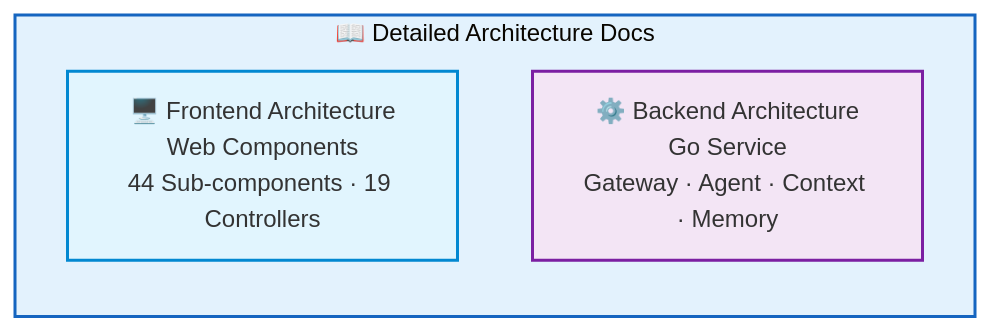
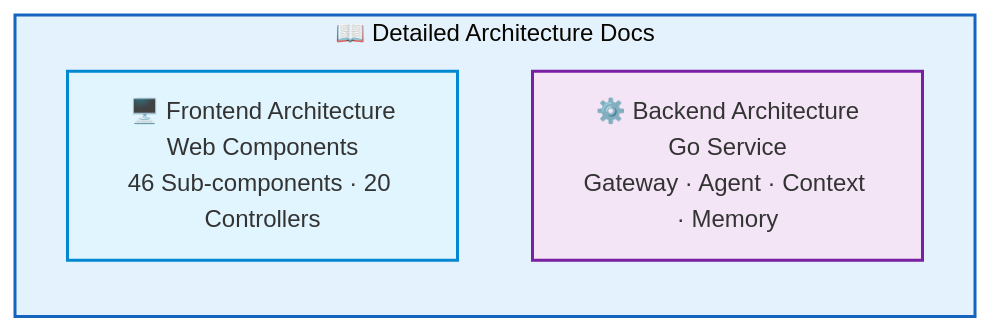
The third of 3 diagrams in src/content/docs/en/architecture/index.md (rtc-agent/docs), drawn with Mermaid (base theme) before and after one commit. The commit also changed 5 other files, not shown here.

````diff
--- a/src/content/docs/en/architecture/index.md
+++ b/src/content/docs/en/architecture/index.md
@@ -123,12 +123,12 @@
 ```mermaid
 flowchart LR
     subgraph PAGES["📖 Detailed Architecture Docs"]
         direction TB
-        FE_PAGE["🖥️ Frontend Architecture<br/>Web Components<br/>44 Sub-components · 19 Controllers"]
+        FE_PAGE["🖥️ Frontend Architecture<br/>Web Components<br/>46 Sub-components · 20 Controllers"]
         BE_PAGE["⚙️ Backend Architecture<br/>Go Service<br/>Gateway · Agent · Context · Memory"]
     end
 
     style PAGES fill:#e3f2fd,stroke:#1565c0,stroke-width:2px
     style FE_PAGE fill:#e1f5fe,stroke:#0288d1,stroke-width:2px
     style BE_PAGE fill:#f3e5f5,stroke:#7b1fa2,stroke-width:2px
 ```
````
